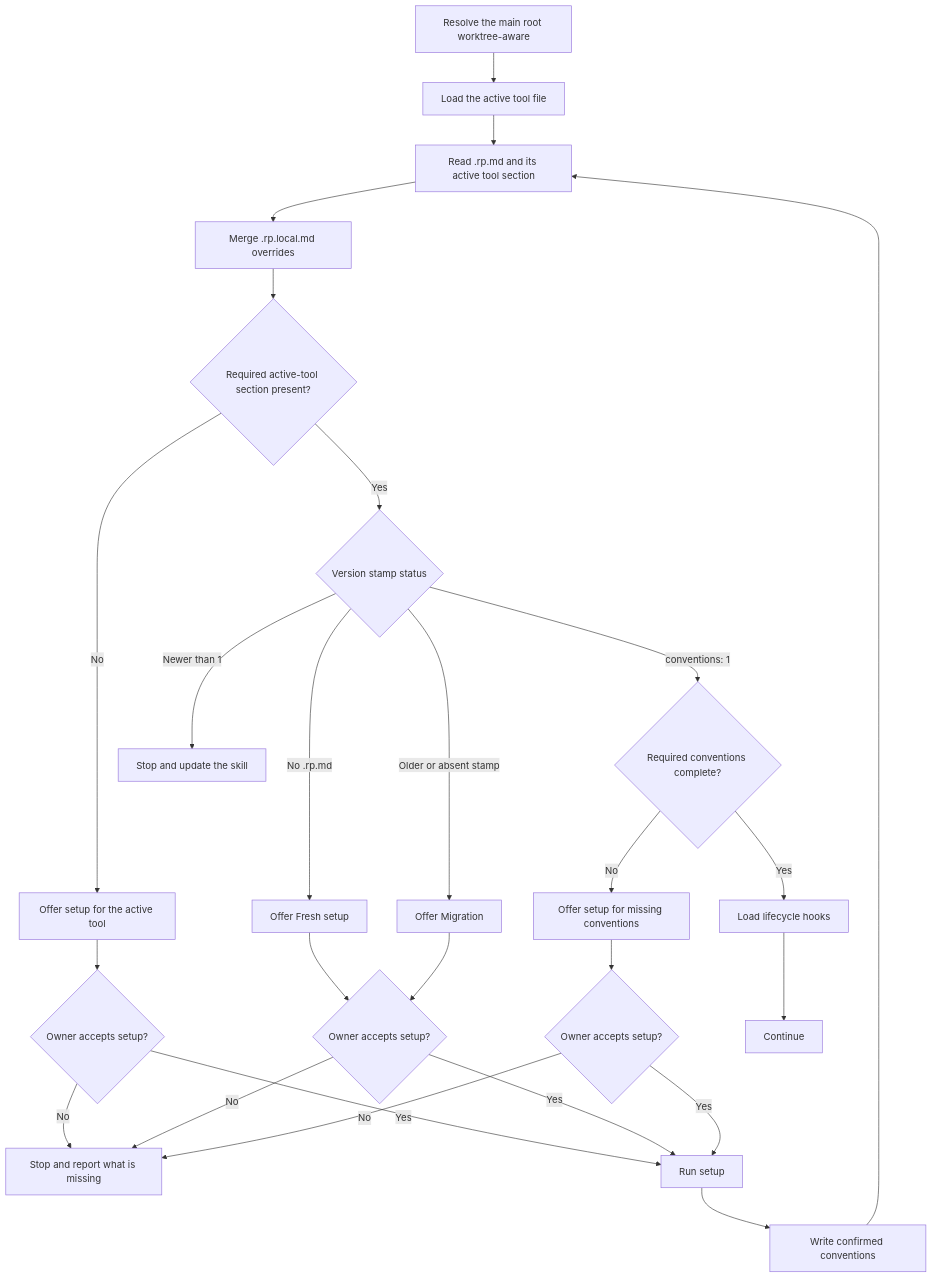
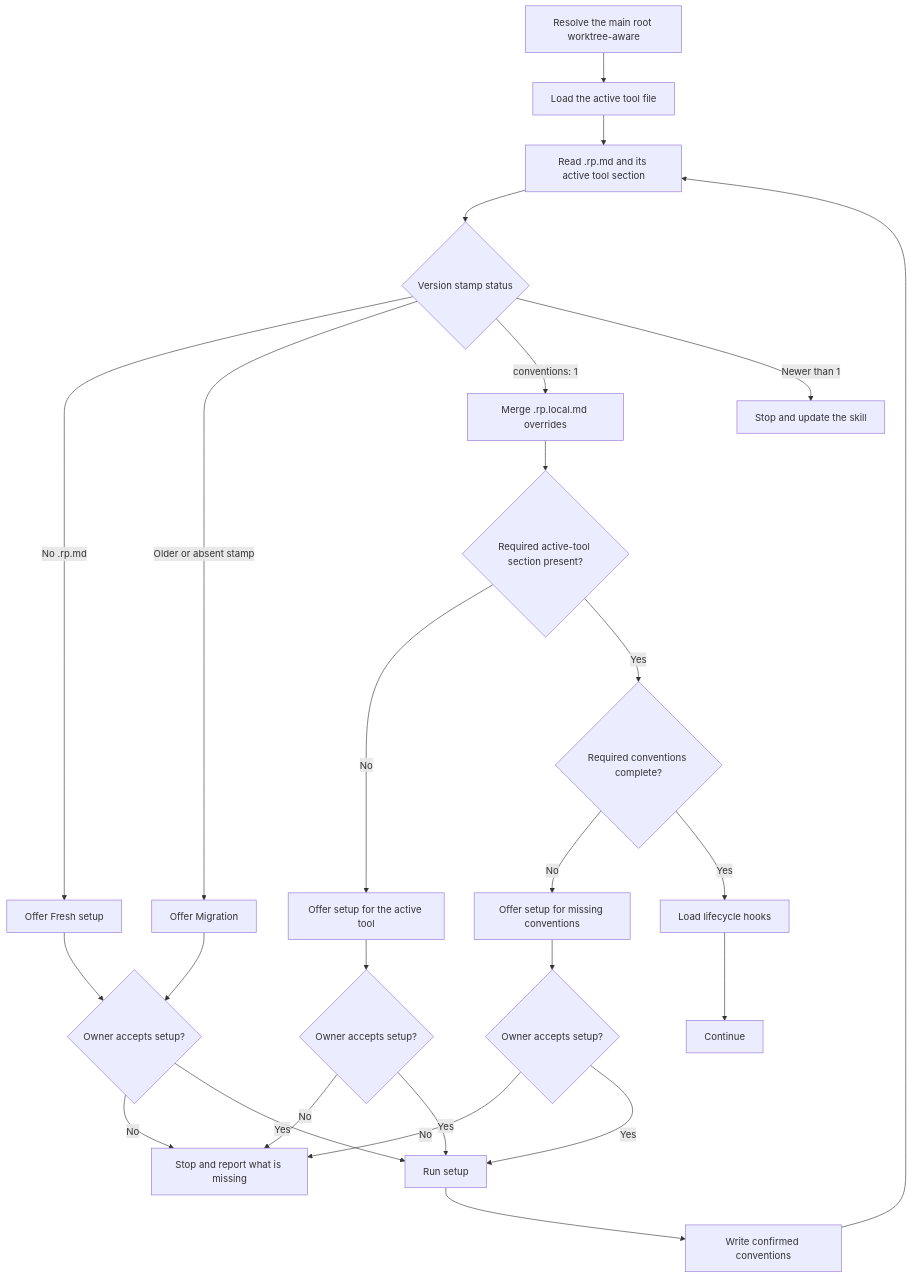
The diagram in docs/flowcharts/load-conventions.md (Automattic/radical-pipelines), drawn with Mermaid before and after one commit. The commit also changed 2 other files, not shown here.

Commit message:
Align reference flowcharts

````diff
--- a/docs/flowcharts/load-conventions.md
+++ b/docs/flowcharts/load-conventions.md
@@ -5,28 +5,28 @@
 ```mermaid
 flowchart TD
     A["Resolve the main root worktree-aware"] --> B["Load the active tool file"]
     B --> C["Read .rp.md and its active tool section"]
-    C --> G["Merge .rp.local.md overrides"]
+    C --> H{"Version stamp status"}
+    H -->|No .rp.md| I["Offer Fresh setup"]
+    H -->|Older or absent stamp| J["Offer Migration"]
+    H -->|conventions: 1| G["Merge .rp.local.md overrides"]
+    H -->|Newer than 1| L["Stop and update the skill"]
     G --> D{"Required active-tool section present?"}
     D -->|No| E["Offer setup for the active tool"]
     E --> F{"Owner accepts setup?"}
     F -->|No| STOP["Stop and report what is missing"]
     F -->|Yes| SETUP["Run setup"]
     SETUP --> WRITE["Write confirmed conventions"]
     WRITE --> C
-    D -->|Yes| H{"Version stamp status"}
-    H -->|No .rp.md| I["Offer Fresh setup"]
-    H -->|Older or absent stamp| J["Offer Migration"]
-    H -->|conventions: 1| K{"Required conventions complete?"}
-    H -->|Newer than 1| L["Stop and update the skill"]
+    D -->|Yes| K{"Required conventions complete?"}
     I --> M{"Owner accepts setup?"}
     J --> M
     M -->|No| STOP
     M -->|Yes| SETUP
     K -->|No| N["Offer setup for missing conventions"]
     N --> O{"Owner accepts setup?"}
     O -->|No| STOP
     O -->|Yes| SETUP
     K -->|Yes| P["Load lifecycle hooks"]
     P --> Q["Continue"]
 ```
````
